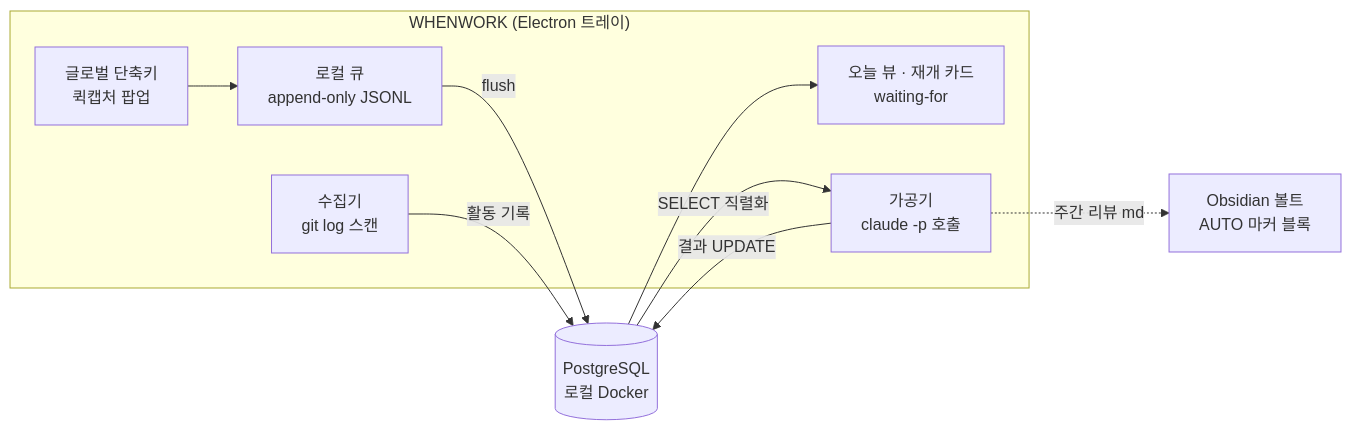
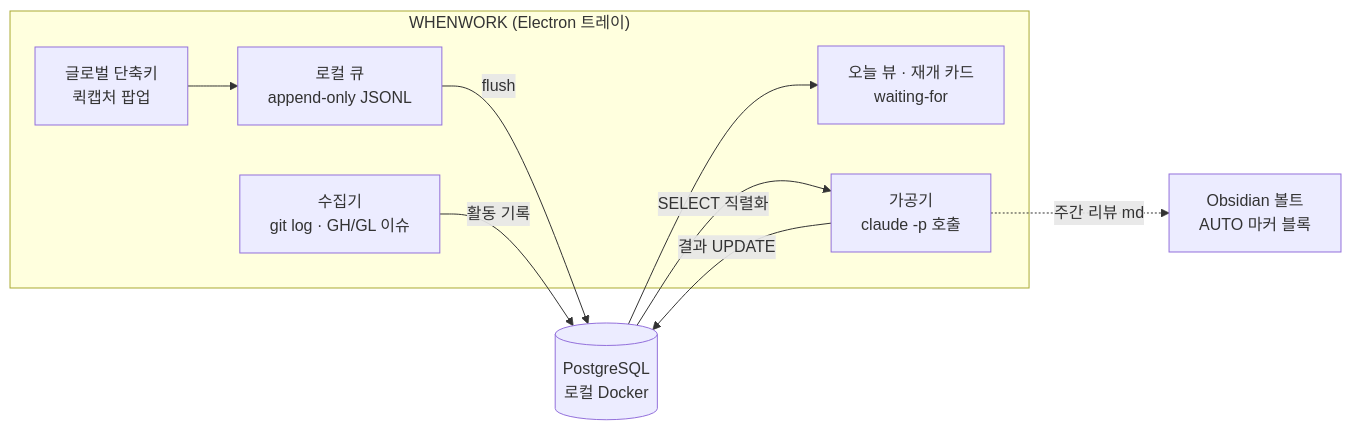
The first of 2 diagrams in docs/01_설계.md (when630/whenwork), drawn with Mermaid before and after one commit. The commit also changed other lines of this file and 2 other files, not shown here.

First line of the commit message:
설계 v1.2: 프로젝트 상세에 GitHub/GitLab 이슈 표시

````diff
--- a/docs/01_설계.md
+++ b/docs/01_설계.md
@@ -54,15 +54,15 @@
 ```mermaid
 flowchart LR
     subgraph tray["WHENWORK (Electron 트레이)"]
         HK[글로벌 단축키<br>퀵캡처 팝업] --> Q[로컬 큐<br>append-only JSONL]
         UI[오늘 뷰 · 재개 카드<br>waiting-for]
-        COL[수집기<br>git log 스캔]
+        COL[수집기<br>git log · GH/GL 이슈]
         AI[가공기<br>claude -p 호출]
     end
     Q -->|flush| DB[(PostgreSQL<br>로컬 Docker)]
     COL -->|활동 기록| DB
     DB --> UI
     DB -->|SELECT 직렬화| AI
     AI -->|결과 UPDATE| DB
     AI -.->|주간 리뷰 md| VAULT[Obsidian 볼트<br>AUTO 마커 블록]
 ```
````
